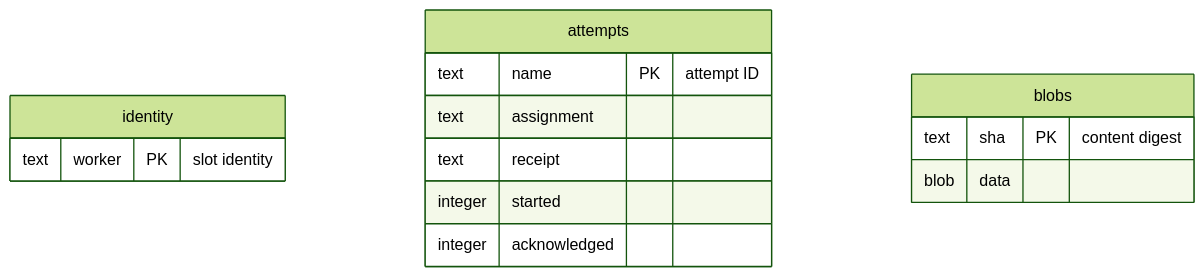
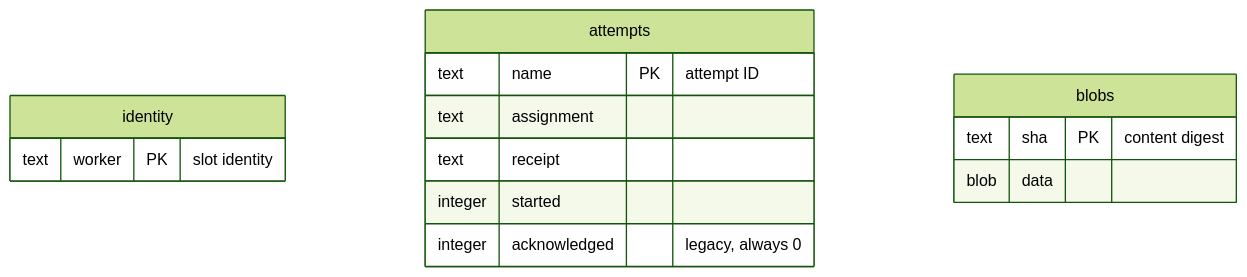
Before and after one commit to Roasbeef/gantry: the seventh of 7 diagrams in docs/architecture/runtime.md, drawn with Mermaid (forest theme). The commit also changed other lines of this file and 1 other file, not shown here.

````diff
--- a/docs/architecture/runtime.md
+++ b/docs/architecture/runtime.md
@@ -289,17 +314,17 @@
 ```mermaid
 erDiagram
     identity {
         text worker PK "slot identity"
     }
     attempts {
         text name PK "attempt ID"
         text assignment
         text receipt
         integer started
-        integer acknowledged
+        integer acknowledged "legacy, always 0"
     }
     blobs {
         text sha PK "content digest"
         blob data
     }
 ```
````
